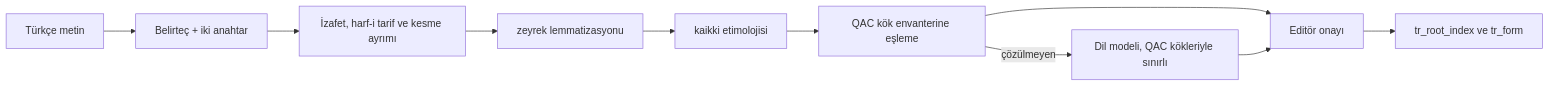
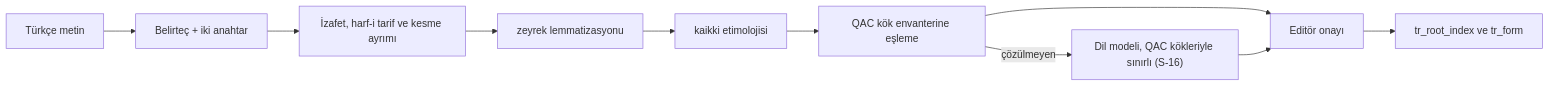
One commit to karasaid379-hue/mutalaa changed the diagram in docs/05-capraz-referans/03-kok-ve-lemma.md. Above: the diagram before and after it, drawn with Mermaid. The commit also changed other lines of this file and 9 other files, not shown here.

Commit message:
docs(docs): align the content, schema and publishing docs with K-50

````diff
--- a/docs/05-capraz-referans/03-kok-ve-lemma.md
+++ b/docs/05-capraz-referans/03-kok-ve-lemma.md
@@ -63,12 +63,12 @@
 ```mermaid
 flowchart LR
   T["Türkçe metin"] --> N["Belirteç + iki anahtar"]
   N --> S["İzafet, harf-i tarif ve kesme ayrımı"]
   S --> Z["zeyrek lemmatizasyonu"]
   Z --> K["kaikki etimolojisi"]
   K --> Q["QAC kök envanterine eşleme"]
-  Q -->|"çözülmeyen"| L["Dil modeli, QAC kökleriyle sınırlı"]
+  Q -->|"çözülmeyen"| L["Dil modeli, QAC kökleriyle sınırlı (S-16)"]
   Q --> H["Editör onayı"]
   L --> H
   H --> I["tr_root_index ve tr_form"]
 ```
````
